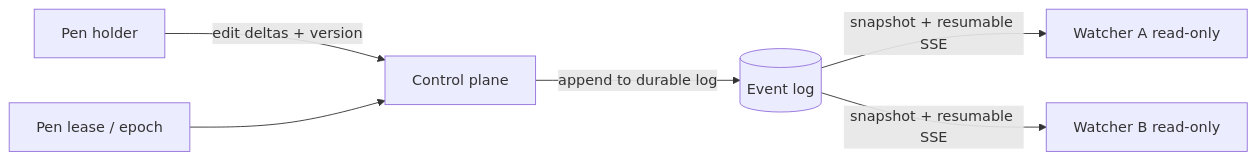
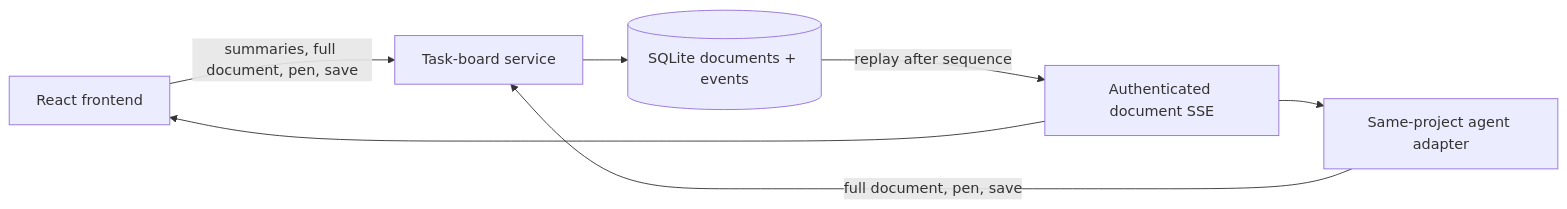
Before and after one commit to jsongga/nexus-seventeen: the diagram in docs/DOCUMENT_BROADCAST.md, drawn with Mermaid. The commit also changed other lines of this file and 84 other files, not shown here.

````diff
--- a/docs/DOCUMENT_BROADCAST.md
+++ b/docs/DOCUMENT_BROADCAST.md
@@ -36,8 +28,9 @@
 ```mermaid
 flowchart LR
-    writer[Pen holder] -->|edit deltas + version| plane[Control plane]
-    plane -->|append to durable log| log[(Event log)]
-    log -->|snapshot + resumable SSE| w1[Watcher A read-only]
-    log -->|snapshot + resumable SSE| w2[Watcher B read-only]
-    lease[Pen lease / epoch] --> plane
+    ui[React frontend] -->|summaries, full document, pen, save| board[Task-board service]
+    agent[Same-project agent adapter] -->|full document, pen, save| board
+    board --> db[(SQLite documents + events)]
+    db -->|replay after sequence| sse[Authenticated document SSE]
+    sse --> ui
+    sse --> agent
 ```
````
